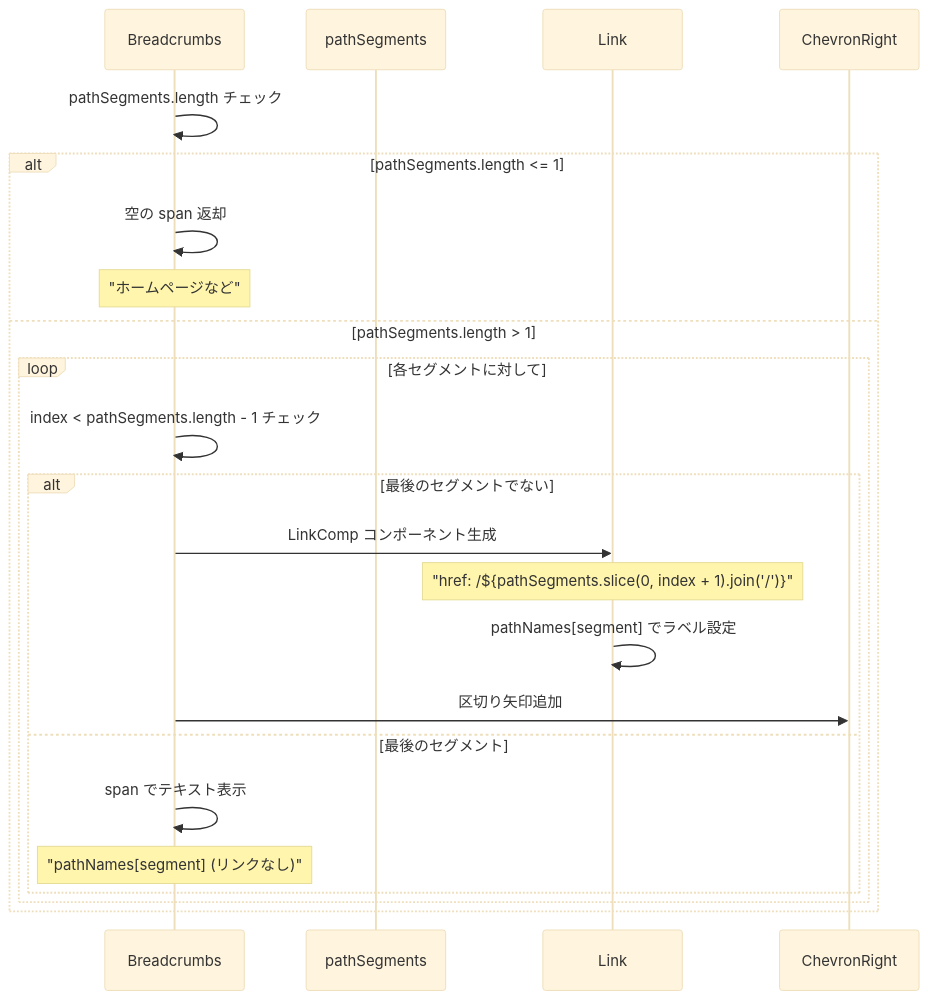
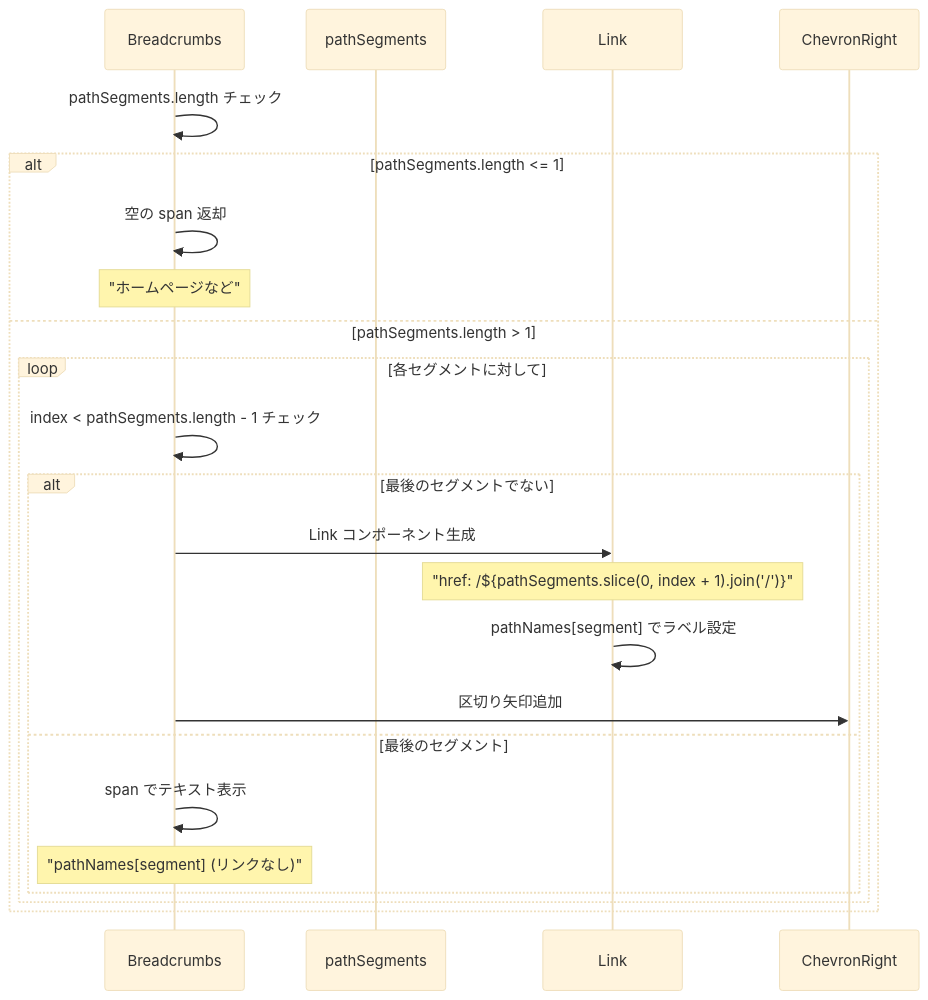
The fourth of 9 diagrams in document/components/sequence/Breadcrumbs.md (wasabi49/ocs-systemDevelopmentExercises), drawn with Mermaid (base theme) before and after one commit. The commit also changed 12 other files, not shown here.

First line of the commit message:
refactor: documentのsequence配下から非シーケンス図を削除

````diff
--- a/document/components/sequence/Breadcrumbs.md
+++ b/document/components/sequence/Breadcrumbs.md
@@ -60,28 +60,28 @@
 ```mermaid
 sequenceDiagram
     participant Breadcrumbs as Breadcrumbs
     participant Segments as pathSegments
     participant LinkComp as Link
     participant ChevronRight as ChevronRight
 
     Breadcrumbs->>Breadcrumbs: pathSegments.length チェック
     
     alt pathSegments.length <= 1
         Breadcrumbs->>Breadcrumbs: 空の span 返却
         Note over Breadcrumbs: "ホームページなど"
     else pathSegments.length > 1
         loop 各セグメントに対して
             Breadcrumbs->>Breadcrumbs: index < pathSegments.length - 1 チェック
             
             alt 最後のセグメントでない
-                Breadcrumbs->>LinkComp: LinkComp コンポーネント生成
+                Breadcrumbs->>LinkComp: Link コンポーネント生成
                 Note over LinkComp: "href: /${pathSegments.slice(0, index + 1).join('/')}"
                 LinkComp->>LinkComp: pathNames[segment] でラベル設定
                 Breadcrumbs->>ChevronRight: 区切り矢印追加
             else 最後のセグメント
                 Breadcrumbs->>Breadcrumbs: span でテキスト表示
                 Note over Breadcrumbs: "pathNames[segment] (リンクなし)"
             end
         end
     end
 ```
````
